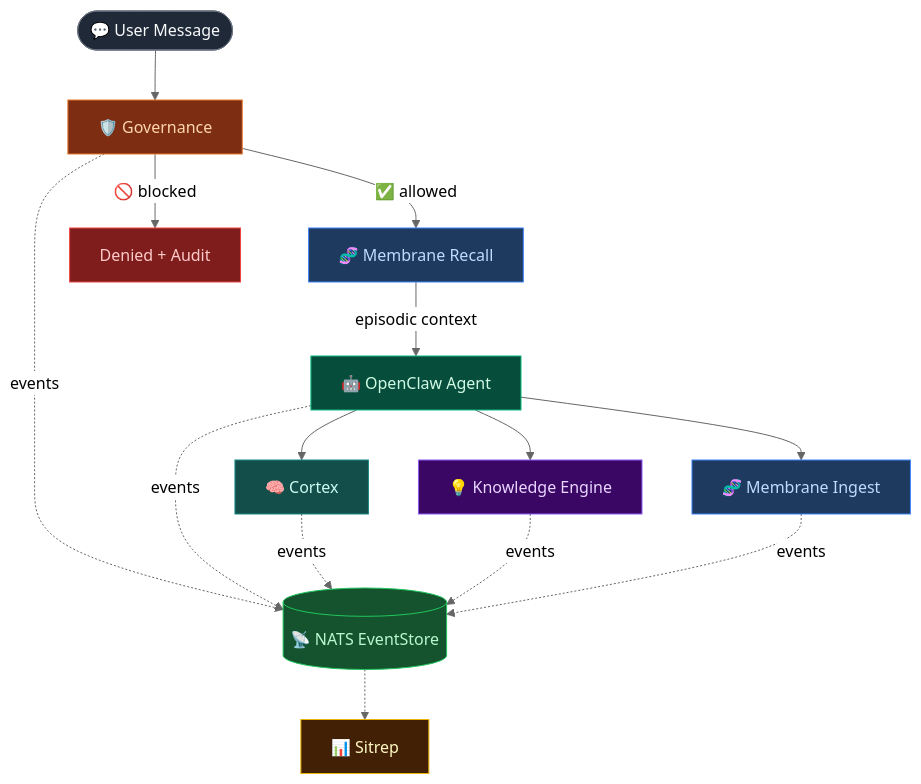
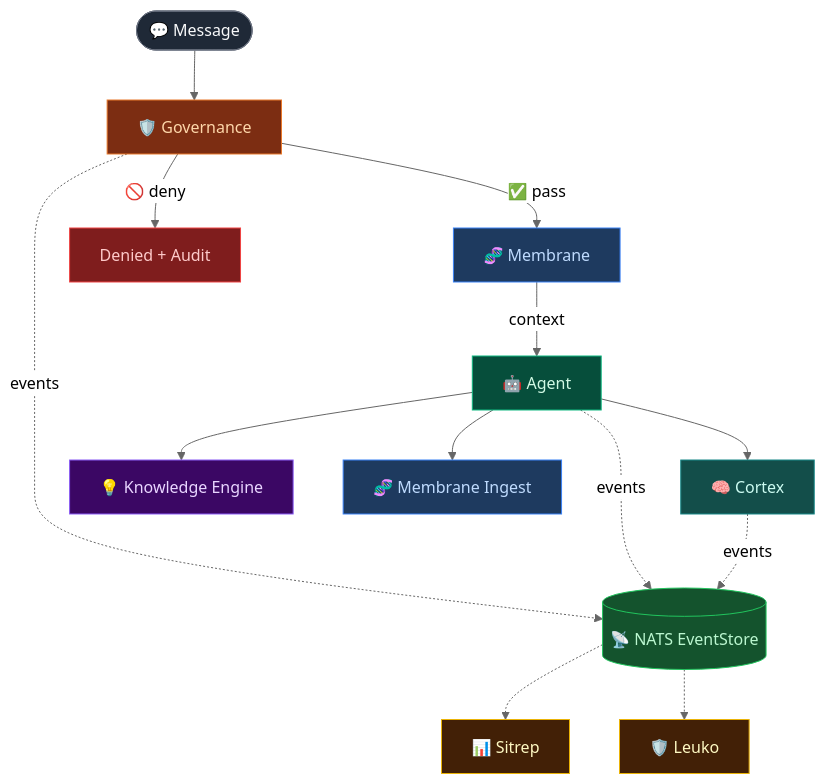
Before and after one commit to alberthild/vainplex-openclaw: the diagram in README.md, drawn with Mermaid (neutral theme). The commit also changed other lines of this file, not shown here.

````diff
--- a/README.md
+++ b/README.md
@@ -77,40 +51,38 @@
 ```mermaid
 flowchart TD
-    MSG(["💬 User Message"]) --> GOV
+    MSG(["💬 Message"]) --> GOV
 
     GOV["🛡️ Governance"]
-    GOV -->|"✅ allowed"| MEM_R
-    GOV -->|"🚫 blocked"| DENY["Denied + Audit"]
+    GOV -->|"✅ pass"| MEM_R
+    GOV -->|"🚫 deny"| DENY["Denied + Audit"]
 
-    MEM_R["🧬 Membrane Recall"]
-    MEM_R -->|"episodic context"| AGENT
+    MEM_R["🧬 Membrane"]
+    MEM_R -->|context| AGENT
 
-    AGENT["🤖 OpenClaw Agent"]
-
+    AGENT["🤖 Agent"]
     AGENT --> CTX & KE & MEM_I
 
     CTX["🧠 Cortex"]
     KE["💡 Knowledge Engine"]
     MEM_I["🧬 Membrane Ingest"]
 
     GOV -.->|events| NATS
     AGENT -.->|events| NATS
     CTX -.->|events| NATS
-    KE -.->|events| NATS
-    MEM_I -.->|events| NATS
 
     NATS[("📡 NATS EventStore")]
-
     NATS -.-> SITREP["📊 Sitrep"]
+    NATS -.-> LEUKO["🛡️ Leuko"]
 
     style MSG fill:#1f2937,stroke:#6b7280,color:#f9fafb
     style GOV fill:#7c2d12,stroke:#e8782a,color:#fed7aa
     style MEM_R fill:#1e3a5f,stroke:#3b82f6,color:#bfdbfe
     style AGENT fill:#064e3b,stroke:#10b981,color:#d1fae5
     style CTX fill:#134e4a,stroke:#198989,color:#ccfbf1
     style KE fill:#3b0764,stroke:#8b5cf6,color:#e9d5ff
     style MEM_I fill:#1e3a5f,stroke:#3b82f6,color:#bfdbfe
     style NATS fill:#14532d,stroke:#22c55e,color:#bbf7d0
     style SITREP fill:#422006,stroke:#eab308,color:#fef9c3
+    style LEUKO fill:#422006,stroke:#eab308,color:#fef9c3
     style DENY fill:#7f1d1d,stroke:#ef4444,color:#fecaca
 ```
````
